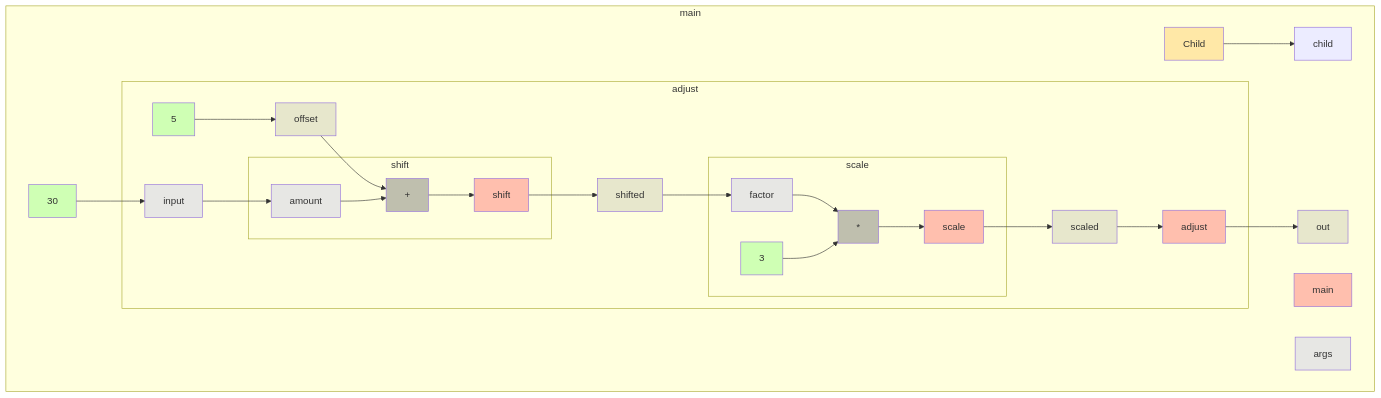
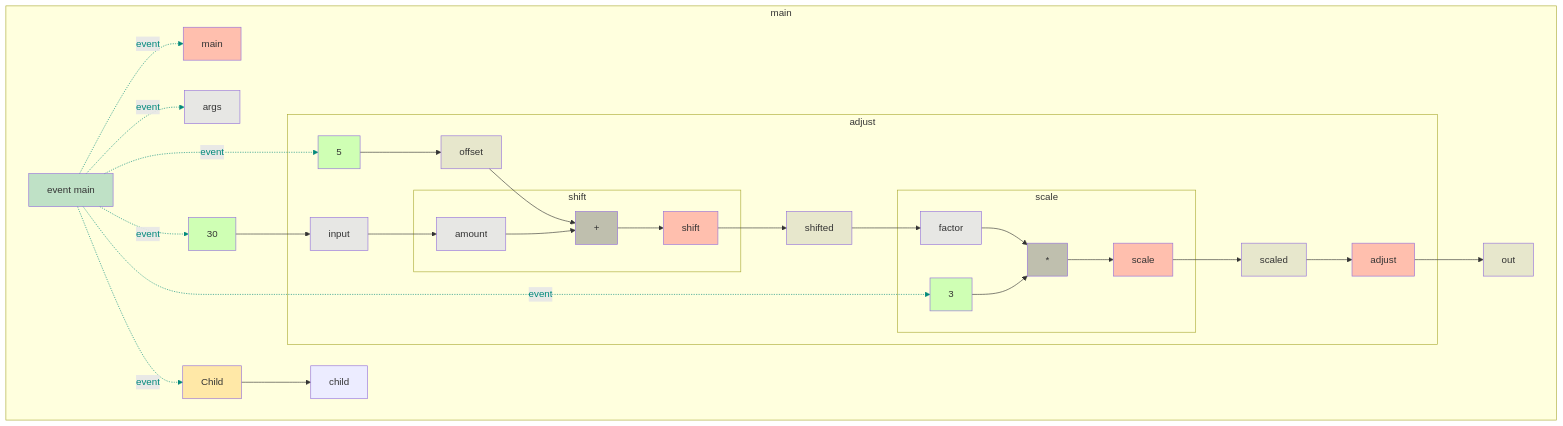
One commit to gstiebler/codeflow changed the diagram in app/src/test/resources/parentMethod/snapshot.md. Above: the diagram before and after it, drawn with Mermaid. The commit also changed 77 other files, not shown here.

````diff
--- a/app/src/test/resources/parentMethod/snapshot.md
+++ b/app/src/test/resources/parentMethod/snapshot.md
@@ -1,52 +1,66 @@
 ```mermaid
 flowchart TD
   subgraph b0["main"]
-    n1[main]:::RETURN
-    n2[args]:::FUNC_PARAM
-    n3[Child]:::EXTERNAL
-    n4[child]:::OBJ_VARIABLE
-    n5[30]:::LITERAL
-    n22[out]:::VARIABLE
-    n3[Child]:::EXTERNAL --> n4[child]:::OBJ_VARIABLE
-    n5[30]:::LITERAL --> n8[input]:::FUNC_PARAM
-    n7[adjust]:::RETURN --> n22[out]:::VARIABLE
-    subgraph b6["adjust"]
-      n7[adjust]:::RETURN
-      n8[input]:::FUNC_PARAM
-      n9[5]:::LITERAL
-      n10[offset]:::VARIABLE
-      n15[shifted]:::VARIABLE
-      n21[scaled]:::VARIABLE
-      n8[input]:::FUNC_PARAM --> n13[amount]:::FUNC_PARAM
-      n9[5]:::LITERAL --> n10[offset]:::VARIABLE
-      n10[offset]:::VARIABLE --> n14[+]:::BIN_OP
-      n15[shifted]:::VARIABLE --> n18[factor]:::FUNC_PARAM
-      n21[scaled]:::VARIABLE --> n7[adjust]:::RETURN
-      n12[shift]:::RETURN --> n15[shifted]:::VARIABLE
-      n17[scale]:::RETURN --> n21[scaled]:::VARIABLE
-      subgraph b11["shift"]
-        n12[shift]:::RETURN
-        n13[amount]:::FUNC_PARAM
-        n14[+]:::BIN_OP
-        n13[amount]:::FUNC_PARAM --> n14[+]:::BIN_OP
-        n14[+]:::BIN_OP --> n12[shift]:::RETURN
+    n1[event main]:::EVENT
+    n2[main]:::RETURN
+    n3[args]:::FUNC_PARAM
+    n4[Child]:::EXTERNAL
+    n5[child]:::OBJ_VARIABLE
+    n6[30]:::LITERAL
+    n23[out]:::VARIABLE
+    n1[event main]:::EVENT -. event .-> n2[main]:::RETURN
+    n1[event main]:::EVENT -. event .-> n3[args]:::FUNC_PARAM
+    n1[event main]:::EVENT -. event .-> n4[Child]:::EXTERNAL
+    n1[event main]:::EVENT -. event .-> n6[30]:::LITERAL
+    n1[event main]:::EVENT -. event .-> n10[5]:::LITERAL
+    n1[event main]:::EVENT -. event .-> n20[3]:::LITERAL
+    n4[Child]:::EXTERNAL --> n5[child]:::OBJ_VARIABLE
+    n6[30]:::LITERAL --> n9[input]:::FUNC_PARAM
+    n8[adjust]:::RETURN --> n23[out]:::VARIABLE
+    subgraph b7["adjust"]
+      n8[adjust]:::RETURN
+      n9[input]:::FUNC_PARAM
+      n10[5]:::LITERAL
+      n11[offset]:::VARIABLE
+      n16[shifted]:::VARIABLE
+      n22[scaled]:::VARIABLE
+      n9[input]:::FUNC_PARAM --> n14[amount]:::FUNC_PARAM
+      n10[5]:::LITERAL --> n11[offset]:::VARIABLE
+      n11[offset]:::VARIABLE --> n15[+]:::BIN_OP
+      n16[shifted]:::VARIABLE --> n19[factor]:::FUNC_PARAM
+      n22[scaled]:::VARIABLE --> n8[adjust]:::RETURN
+      n13[shift]:::RETURN --> n16[shifted]:::VARIABLE
+      n18[scale]:::RETURN --> n22[scaled]:::VARIABLE
+      subgraph b12["shift"]
+        n13[shift]:::RETURN
+        n14[amount]:::FUNC_PARAM
+        n15[+]:::BIN_OP
+        n14[amount]:::FUNC_PARAM --> n15[+]:::BIN_OP
+        n15[+]:::BIN_OP --> n13[shift]:::RETURN
       end
-      subgraph b16["scale"]
-        n17[scale]:::RETURN
-        n18[factor]:::FUNC_PARAM
-        n19[3]:::LITERAL
-        n20[*]:::BIN_OP
-        n18[factor]:::FUNC_PARAM --> n20[*]:::BIN_OP
-        n19[3]:::LITERAL --> n20[*]:::BIN_OP
-        n20[*]:::BIN_OP --> n17[scale]:::RETURN
+      subgraph b17["scale"]
+        n18[scale]:::RETURN
+        n19[factor]:::FUNC_PARAM
+        n20[3]:::LITERAL
+        n21[*]:::BIN_OP
+        n19[factor]:::FUNC_PARAM --> n21[*]:::BIN_OP
+        n20[3]:::LITERAL --> n21[*]:::BIN_OP
+        n21[*]:::BIN_OP --> n18[scale]:::RETURN
       end
     end
   end
+  linkStyle 0 stroke:#00897b,color:#00897b
+  linkStyle 1 stroke:#00897b,color:#00897b
+  linkStyle 2 stroke:#00897b,color:#00897b
+  linkStyle 3 stroke:#00897b,color:#00897b
+  linkStyle 4 stroke:#00897b,color:#00897b
+  linkStyle 5 stroke:#00897b,color:#00897b
   classDef LITERAL fill:#00FF0030
   classDef VARIABLE fill:#80808030
   classDef BIN_OP fill:#80808080
   classDef FUNC_PARAM fill:#8080FF30
   classDef RETURN fill:#FF808080
   classDef EXTERNAL fill:#FFA50040
   classDef UNMODELLED fill:#FF000030,stroke-dasharray: 4 2
+  classDef EVENT fill:#00897B40
 ```
````
